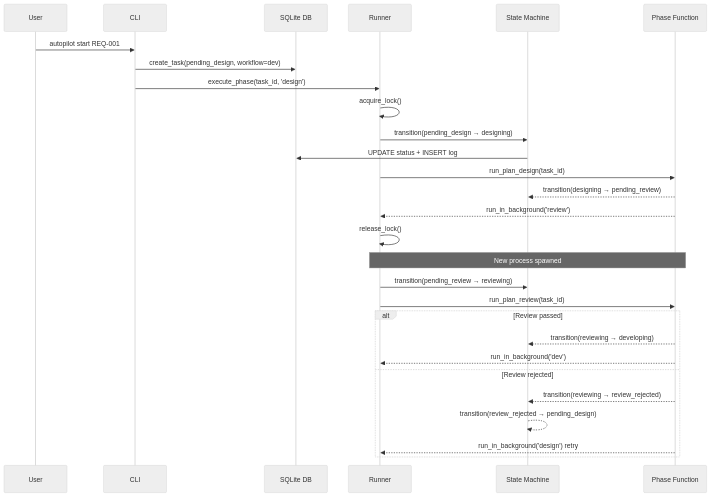
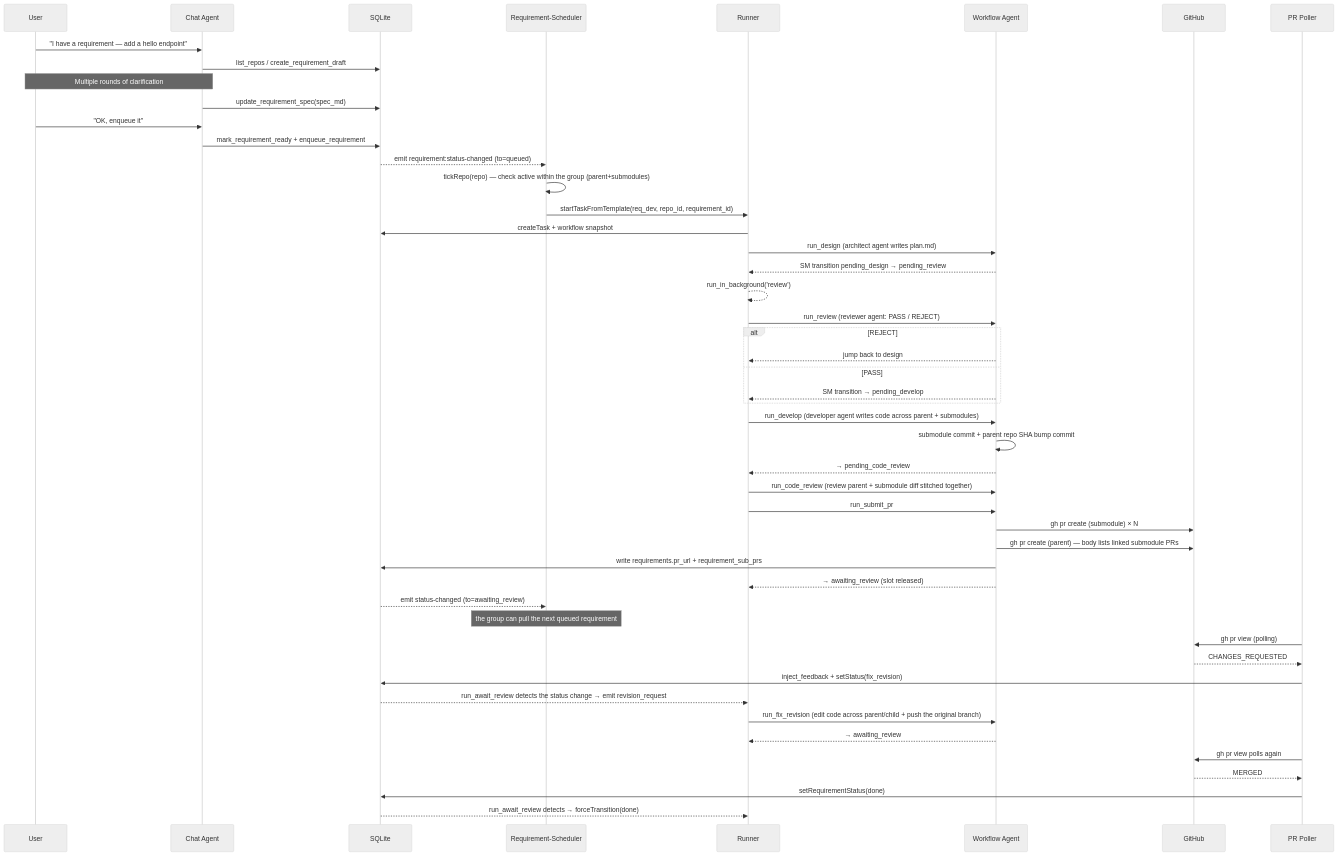
One commit to larrygogo/autopilot changed the second of 2 diagrams in docs/en/architecture.md. Above: the diagram before and after it, drawn with Mermaid (neutral theme). The commit also changed other lines of this file and 5 other files, not shown here.

First line of the commit message:
docs: 清理 architecture/faq/state-machine/screenshots 的 Python 残留

````diff
--- a/docs/en/architecture.md
+++ b/docs/en/architecture.md
@@ -179,33 +138,59 @@
 ```mermaid
 sequenceDiagram
-    participant User
-    participant CLI
-    participant DB as SQLite DB
-    participant Runner
-    participant SM as State Machine
-    participant Phase as Phase Function
+    participant U as User
+    participant Chat as Chat Agent
+    participant DB as SQLite
+    participant Sch as Requirement-Scheduler
+    participant R as Runner
+    participant A as Workflow Agent
+    participant GH as GitHub
+    participant PRP as PR Poller
 
-    User->>CLI: autopilot start REQ-001
-    CLI->>DB: create_task(pending_design, workflow=dev)
-    CLI->>Runner: execute_phase(task_id, 'design')
-    Runner->>Runner: acquire_lock()
-    Runner->>SM: transition(pending_design → designing)
-    SM->>DB: UPDATE status + INSERT log
-    Runner->>Phase: run_plan_design(task_id)
-    Phase-->>SM: transition(designing → pending_review)
-    Phase-->>Runner: run_in_background('review')
-    Runner->>Runner: release_lock()
+    U->>Chat: "I have a requirement — add a hello endpoint"
+    Chat->>DB: list_repos / create_requirement_draft
+    Note over Chat,U: Multiple rounds of clarification
+    Chat->>DB: update_requirement_spec(spec_md)
+    U->>Chat: "OK, enqueue it"
+    Chat->>DB: mark_requirement_ready + enqueue_requirement
+    DB-->>Sch: emit requirement:status-changed (to=queued)
 
-    Note over Runner,Phase: New process spawned
+    Sch->>Sch: tickRepo(repo) — check active within the group (parent+submodules)
+    Sch->>R: startTaskFromTemplate(req_dev, repo_id, requirement_id)
+    R->>DB: createTask + workflow snapshot
+    R->>A: run_design (architect agent writes plan.md)
+    A-->>R: SM transition pending_design → pending_review
+    R-->>R: run_in_background('review')
 
-    Runner->>SM: transition(pending_review → reviewing)
-    Runner->>Phase: run_plan_review(task_id)
-    alt Review passed
-        Phase-->>SM: transition(reviewing → developing)
-        Phase-->>Runner: run_in_background('dev')
-    else Review rejected
-        Phase-->>SM: transition(reviewing → review_rejected)
-        SM-->>SM: transition(review_rejected → pending_design)
-        Phase-->>Runner: run_in_background('design') retry
+    R->>A: run_review (reviewer agent: PASS / REJECT)
+    alt REJECT
+        A-->>R: jump back to design
+    else PASS
+        A-->>R: SM transition → pending_develop
     end
+
+    R->>A: run_develop (developer agent writes code across parent + submodules)
+    A->>A: submodule commit + parent repo SHA bump commit
+    A-->>R: → pending_code_review
+
+    R->>A: run_code_review (review parent + submodule diff stitched together)
+    R->>A: run_submit_pr
+    A->>GH: gh pr create (submodule) × N
+    A->>GH: gh pr create (parent) — body lists linked submodule PRs
+    A->>DB: write requirements.pr_url + requirement_sub_prs
+
+    A-->>R: → awaiting_review (slot released)
+    DB-->>Sch: emit status-changed (to=awaiting_review)
+    Note over Sch: the group can pull the next queued requirement
+
+    PRP->>GH: gh pr view (polling)
+    GH-->>PRP: CHANGES_REQUESTED
+    PRP->>DB: inject_feedback + setStatus(fix_revision)
+    DB-->>R: run_await_review detects the status change → emit revision_request
+    R->>A: run_fix_revision (edit code across parent/child + push the original branch)
+    A-->>R: → awaiting_review
+
+    PRP->>GH: gh pr view polls again
+    GH-->>PRP: MERGED
+    PRP->>DB: setRequirementStatus(done)
+    DB-->>R: run_await_review detects → forceTransition(done)
 ```
````
